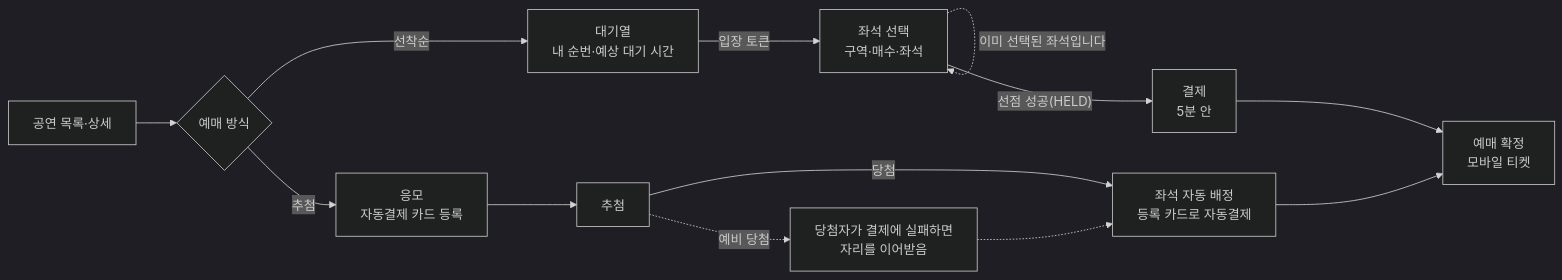
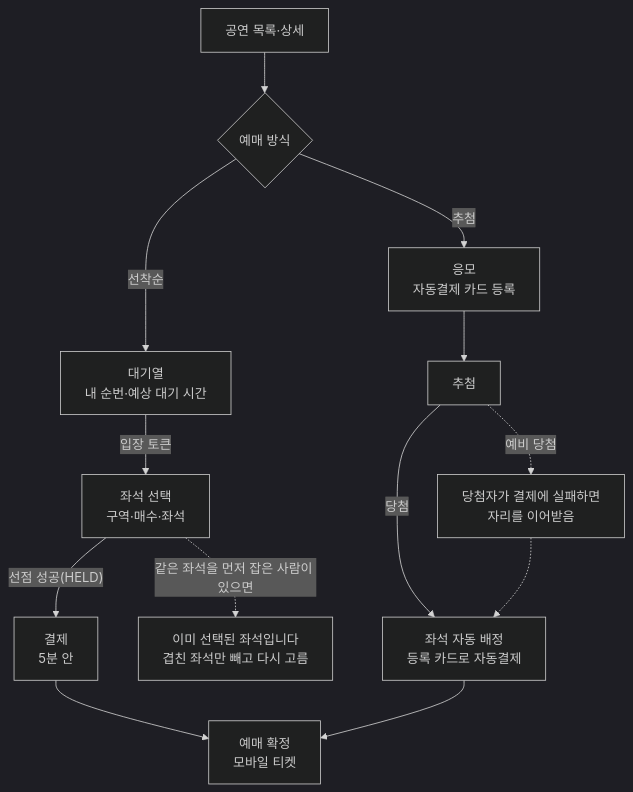
The first of 8 diagrams in README.md (GGangMY/high-quality-ticketing-system), drawn with Mermaid (dark theme) before and after one commit. The commit also changed other lines of this file, not shown here.

Commit message:
docs(readme): 다이어그램 배치를 GitHub 화면 폭에 맞게 고치고 배지를 키움 #ISE-308

````diff
--- a/README.md
+++ b/README.md
@@ -74,15 +74,15 @@
 ```mermaid
-flowchart LR
+flowchart TB
   A["공연 목록·상세"] --> B{"예매 방식"}
   B -->|선착순| Q["대기열<br/>내 순번·예상 대기 시간"]
+  B -->|추첨| L["응모<br/>자동결제 카드 등록"]
   Q -->|입장 토큰| S["좌석 선택<br/>구역·매수·좌석"]
-  S -.->|"이미 선택된 좌석입니다"| S
   S -->|"선점 성공(HELD)"| P["결제<br/>5분 안"]
-  P --> C["예매 확정<br/>모바일 티켓"]
-  B -->|추첨| L["응모<br/>자동결제 카드 등록"]
+  S -.->|"같은 좌석을 먼저 잡은 사람이 있으면"| X["이미 선택된 좌석입니다<br/>겹친 좌석만 빼고 다시 고름"]
   L --> D["추첨"]
   D -->|당첨| AUTO["좌석 자동 배정<br/>등록 카드로 자동결제"]
   D -.->|예비 당첨| W["당첨자가 결제에 실패하면<br/>자리를 이어받음"]
   W -.-> AUTO
+  P --> C["예매 확정<br/>모바일 티켓"]
   AUTO --> C
 ```
````
